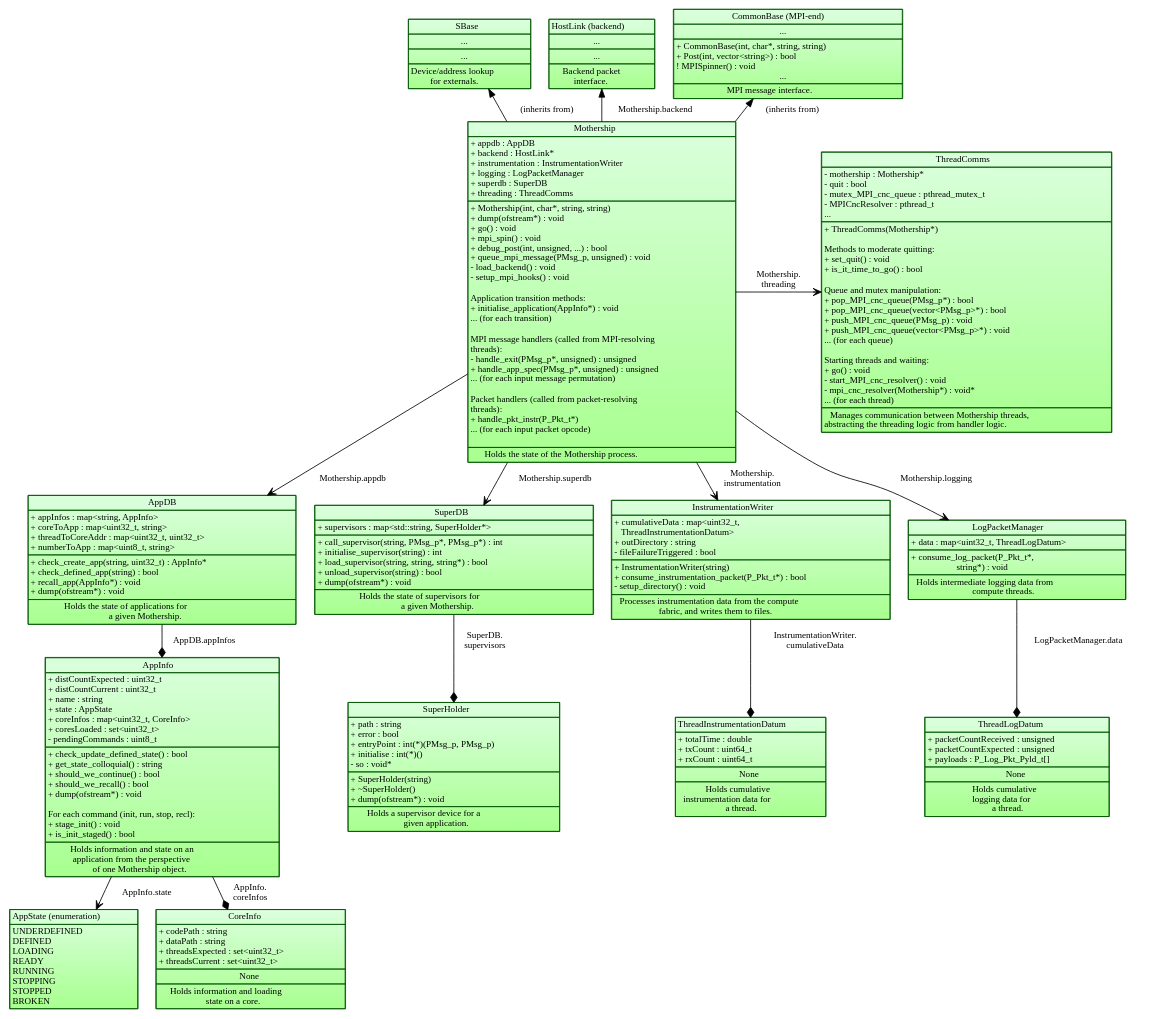
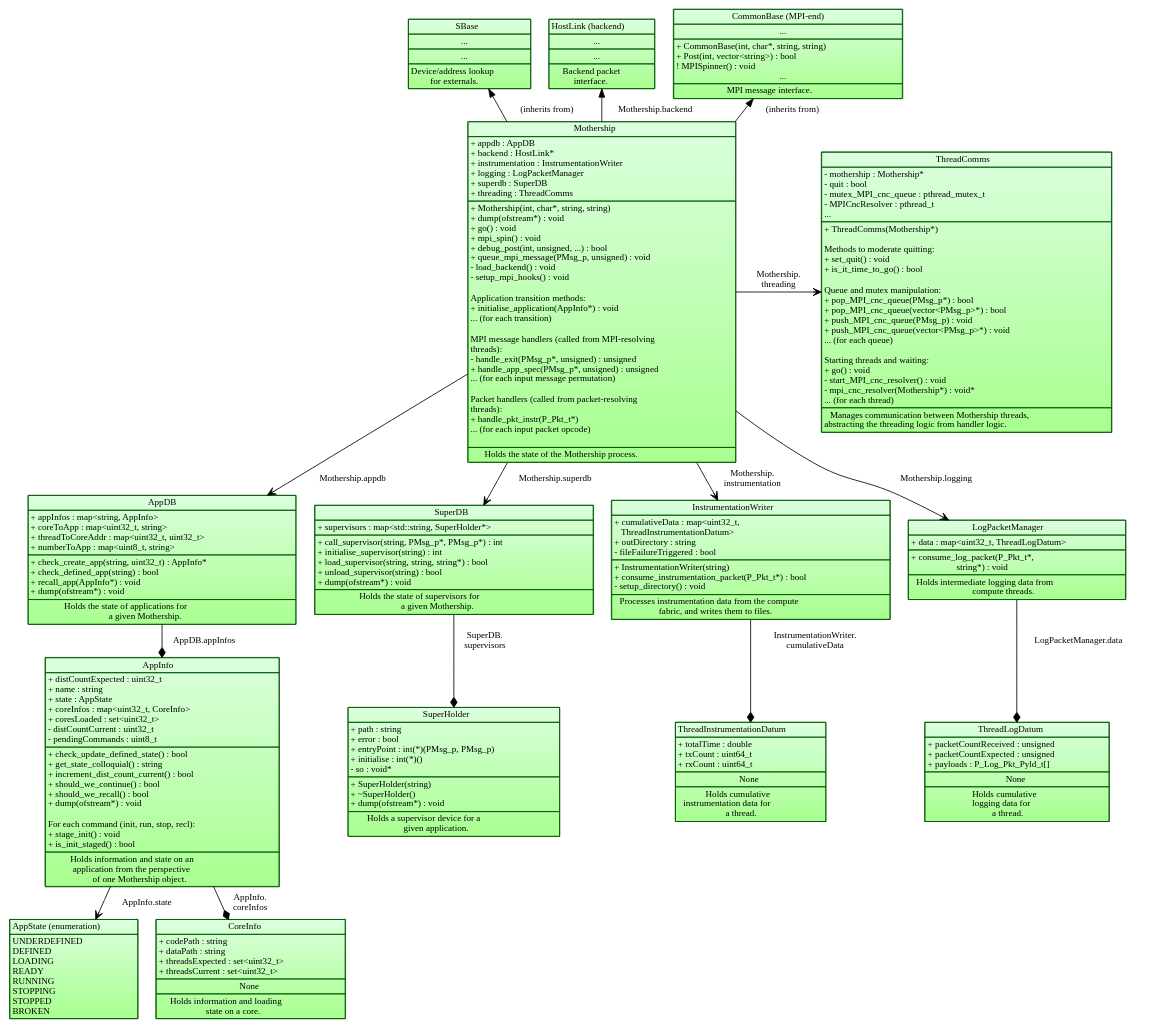
Before and after one commit to POETSII/orchestrator-documentation: the diagram in images/source/mothership_data_structure.dot, drawn with Graphviz. The commit also changed 1 other file, not shown here.

Commit message:
Add failure mode for when distCountCurrent is incremented beyond distCountExpected.
Implemented in Orchestrator commit 568e301.

```diff
--- a/images/source/mothership_data_structure.dot
+++ b/images/source/mothership_data_structure.dot
@@ -93,16 +93,17 @@
 <TR><TD>AppInfo</TD></TR>
 <TR><TD ALIGN="LEFT">
 + distCountExpected : uint32_t<BR ALIGN="LEFT"/>
-+ distCountCurrent : uint32_t<BR ALIGN="LEFT"/>
 + name : string<BR ALIGN="LEFT"/>
 + state : AppState<BR ALIGN="LEFT"/>
 + coreInfos : map&lt;uint32_t, CoreInfo&gt;<BR ALIGN="LEFT"/>
 + coresLoaded : set&lt;uint32_t&gt;<BR ALIGN="LEFT"/>
+- distCountCurrent : uint32_t<BR ALIGN="LEFT"/>
 - pendingCommands : uint8_t<BR ALIGN="LEFT"/>
 </TD></TR>
 <TR><TD ALIGN="LEFT">
 + check_update_defined_state() : bool<BR ALIGN="LEFT"/>
 + get_state_colloquial() : string<BR ALIGN="LEFT"/>
++ increment_dist_count_current() : bool<BR ALIGN="LEFT"/>
 + should_we_continue() : bool<BR ALIGN="LEFT"/>
 + should_we_recall() : bool<BR ALIGN="LEFT"/>
 + dump(ofstream*) : void<BR ALIGN="LEFT"/><BR ALIGN="LEFT"/>
```
